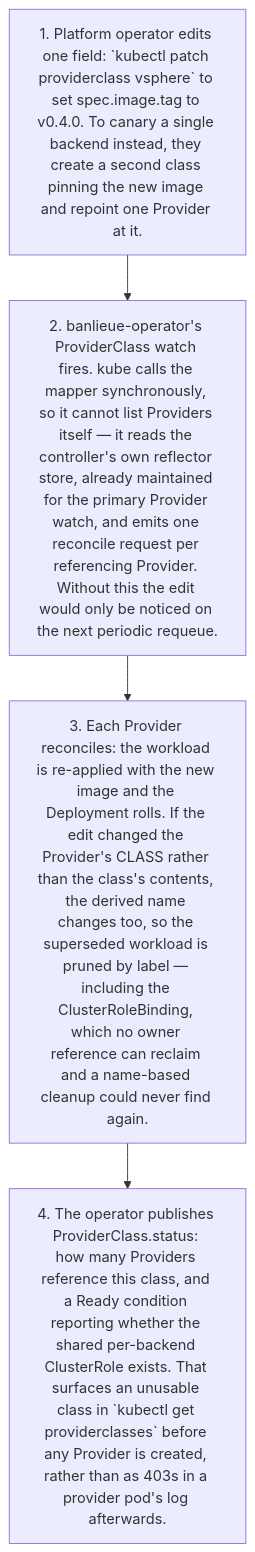
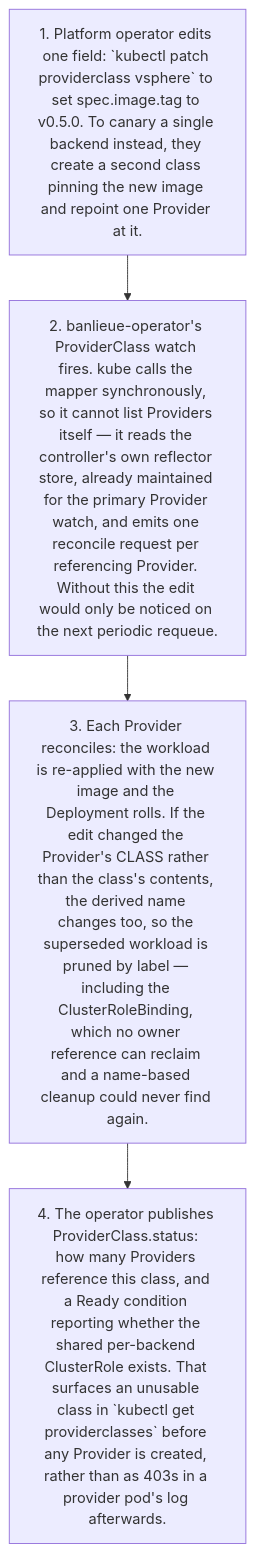
One commit to firestoned/banlieue changed the eighth of 13 diagrams in docs/src/architecture/flows.md. Above: the diagram before and after it, drawn with Mermaid. The commit also changed 13 other files, not shown here.

````diff
--- a/docs/src/architecture/flows.md
+++ b/docs/src/architecture/flows.md
@@ -157,8 +157,8 @@
 ```mermaid
 flowchart TD
-    t1["1. Platform operator edits one field: `kubectl patch providerclass vsphere` to set spec.image.tag to v0.4.0. To canary a single backend instead, they create a second class pinning the new image and repoint one Provider at it."]
+    t1["1. Platform operator edits one field: `kubectl patch providerclass vsphere` to set spec.image.tag to v0.5.0. To canary a single backend instead, they create a second class pinning the new image and repoint one Provider at it."]
     t2["2. banlieue-operator's ProviderClass watch fires. kube calls the mapper synchronously, so it cannot list Providers itself — it reads the controller's own reflector store, already maintained for the primary Provider watch, and emits one reconcile request per referencing Provider. Without this the edit would only be noticed on the next periodic requeue."]
     t3["3. Each Provider reconciles: the workload is re-applied with the new image and the Deployment rolls. If the edit changed the Provider's CLASS rather than the class's contents, the derived name changes too, so the superseded workload is pruned by label — including the ClusterRoleBinding, which no owner reference can reclaim and a name-based cleanup could never find again."]
     t4["4. The operator publishes ProviderClass.status: how many Providers reference this class, and a Ready condition reporting whether the shared per-backend ClusterRole exists. That surfaces an unusable class in `kubectl get providerclasses` before any Provider is created, rather than as 403s in a provider pod's log afterwards."]
     t1 --> t2 --> t3 --> t4
 ```
````
